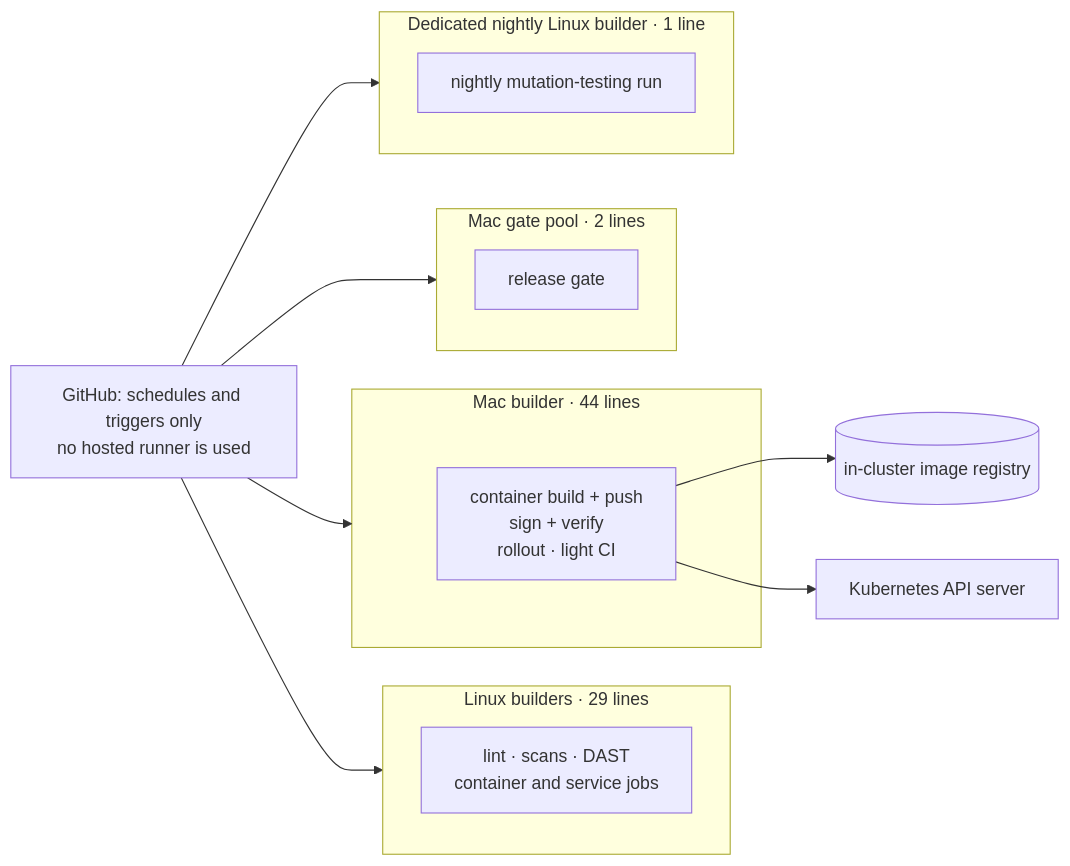
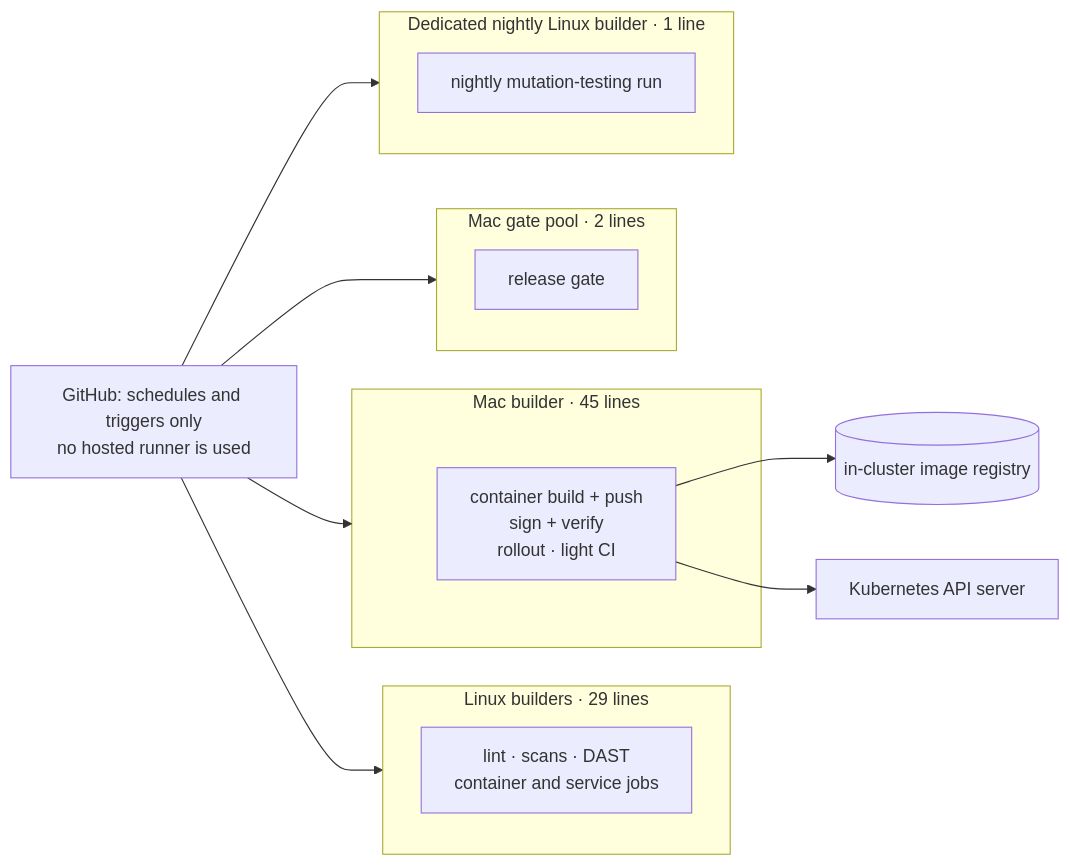
Before and after one commit to schultzzznet/schultzzznet: the first of 3 diagrams in docs/platform.md, drawn with Mermaid. The commit also changed other lines of this file and 23 other files, not shown here.

````diff
--- a/docs/platform.md
+++ b/docs/platform.md
@@ -44,22 +49,22 @@
 ```mermaid
 flowchart LR
   GH["GitHub: schedules and triggers only<br/>no hosted runner is used"]
   subgraph LIN["Linux builders · 29 lines"]
     A["lint · scans · DAST<br/>container and service jobs"]
   end
-  subgraph MAC["Mac builder · 44 lines"]
+  subgraph MAC["Mac builder · 45 lines"]
     B["container build + push<br/>sign + verify<br/>rollout · light CI"]
   end
   subgraph GATE["Mac gate pool · 2 lines"]
     G["release gate"]
   end
   subgraph NIGHT["Dedicated nightly Linux builder · 1 line"]
     W["nightly mutation-testing run"]
   end
   GH --> LIN
   GH --> MAC
   GH --> GATE
   GH --> NIGHT
   B --> REG[("in-cluster image registry")]
   B --> API["Kubernetes API server"]
 ```
````
